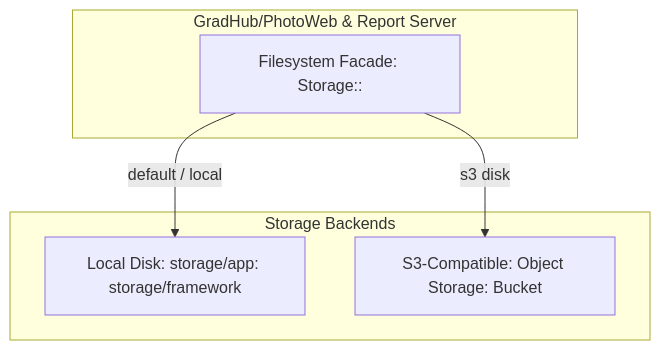
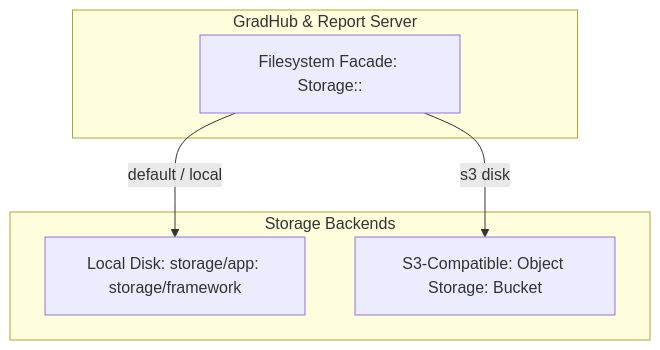
One commit to yeremko/gatest changed the sixth of 7 diagrams in architecture.md. Above: the diagram before and after it, drawn with Mermaid. The commit also changed other lines of this file, not shown here.

````diff
--- a/architecture.md
+++ b/architecture.md
@@ -163,14 +176,14 @@
 ```mermaid
 flowchart TB
-    subgraph Apps["GradHub/PhotoWeb & Report Server"]
+    subgraph Apps["GradHub & Report Server"]
         FS[Filesystem Facade: Storage::]
     end
 
     subgraph Backends["Storage Backends"]
         Local[Local Disk: storage/app: storage/framework]
         S3[S3-Compatible: Object Storage: Bucket]
     end
 
     FS -->|default / local| Local
     FS -->|s3 disk| S3
 ```
````
